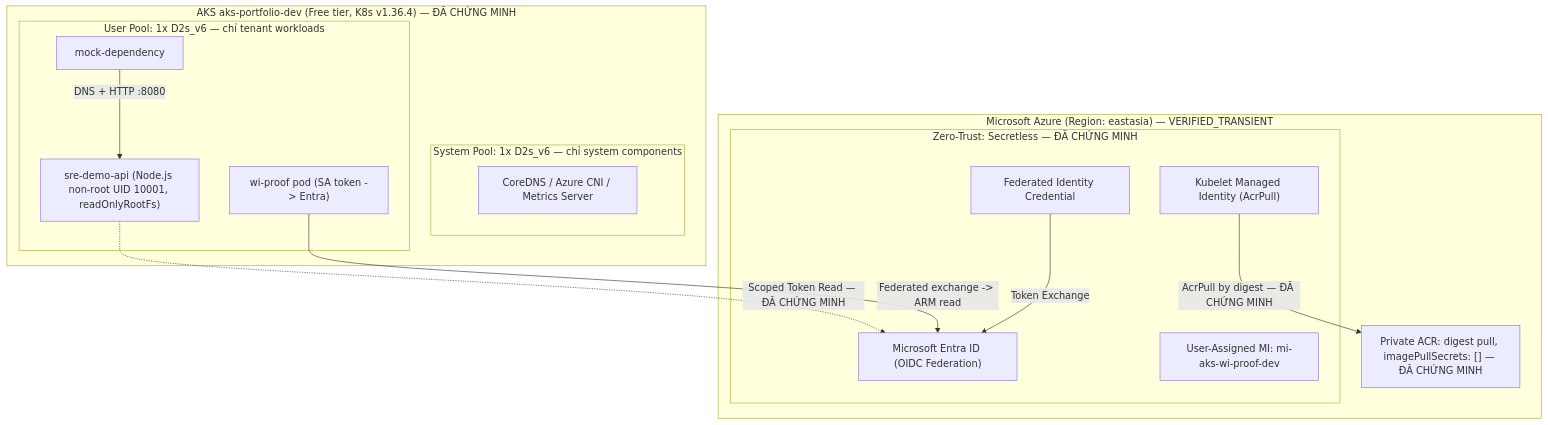
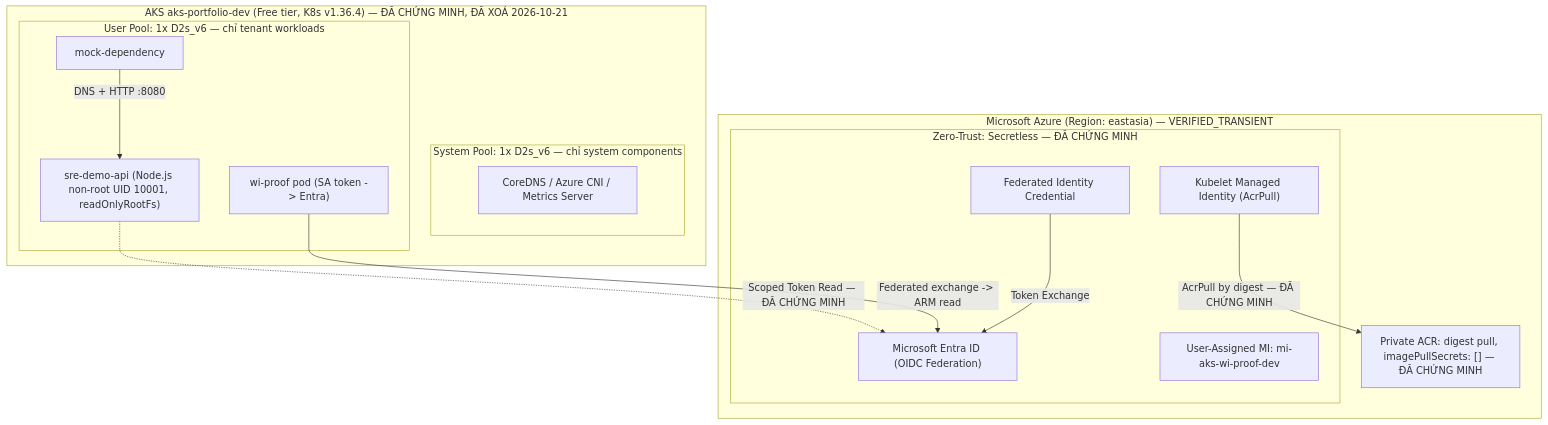
One commit to imtarget05/AKS-SRE-Platform changed the first of 3 diagrams in docs/PORTFOLIO_INTERVIEW_CHEATSHEET.md. Above: the diagram before and after it, drawn with Mermaid. The commit also changed other lines of this file and 8 other files, not shown here.

````diff
--- a/docs/PORTFOLIO_INTERVIEW_CHEATSHEET.md
+++ b/docs/PORTFOLIO_INTERVIEW_CHEATSHEET.md
@@ -19,29 +19,29 @@
 ```mermaid
 flowchart TD
     subgraph AZURE_CLOUD["Microsoft Azure (Region: eastasia) — VERIFIED_TRANSIENT"]
         subgraph IDENTITY_LAYER["Zero-Trust: Secretless — ĐÃ CHỨNG MINH"]
             ENTRA["Microsoft Entra ID (OIDC Federation)"]
             UAMI["User-Assigned MI: mi-aks-wi-proof-dev"]
             FIC["Federated Identity Credential"]
             KUBELET["Kubelet Managed Identity (AcrPull)"]
         end
         ACR["Private ACR: digest pull, imagePullSecrets: [] — ĐÃ CHỨNG MINH"]
     end
 
-    subgraph AKS_CLUSTER["AKS aks-portfolio-dev (Free tier, K8s v1.36.4) — ĐÃ CHỨNG MINH"]
+    subgraph AKS_CLUSTER["AKS aks-portfolio-dev (Free tier, K8s v1.36.4) — ĐÃ CHỨNG MINH, ĐÃ XOÁ 2026-10-21"]
         subgraph SYSTEM_POOL["System Pool: 1x D2s_v6 — chỉ system components"]
             CORE_DNS["CoreDNS / Azure CNI / Metrics Server"]
         end
         subgraph USER_POOL["User Pool: 1x D2s_v6 — chỉ tenant workloads"]
             APP["sre-demo-api (Node.js non-root UID 10001, readOnlyRootFs)"]
             MOCK["mock-dependency"]
             WIPROOF["wi-proof pod (SA token -> Entra)"]
         end
     end
 
     APP -.->|Scoped Token Read — ĐÃ CHỨNG MINH| ENTRA
     WIPROOF -->|Federated exchange -> ARM read| ENTRA
     FIC -->|Token Exchange| ENTRA
     KUBELET -->|AcrPull by digest — ĐÃ CHỨNG MINH| ACR
     MOCK -->|DNS + HTTP :8080| APP
 ```
````
